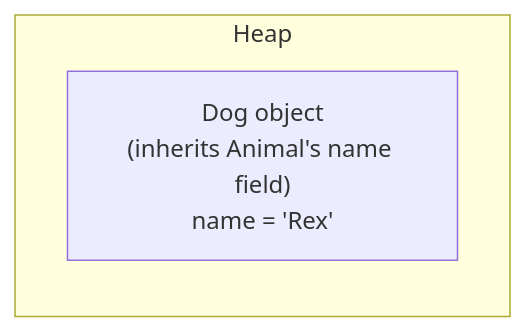
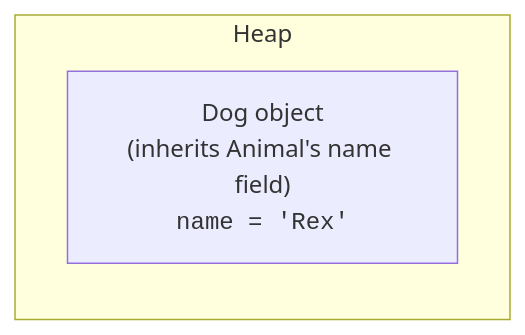
Before and after one commit to dataslope/dataslope: the second of 5 diagrams in content/learn/oop-blueprint-java/inheritance.mdx, drawn with Mermaid. The commit also changed 100 other files, not shown here.

First line of the commit message:
Wrap more code in diagram labels: filenames, hex, assignments, subgraph titles

````diff
--- a/content/learn/oop-blueprint-java/inheritance.mdx
+++ b/content/learn/oop-blueprint-java/inheritance.mdx
@@ -110,6 +110,6 @@
 ```mermaid
 flowchart LR
     subgraph Heap
-        Obj["Dog object<br/>(inherits Animal's name field)<br/>name = 'Rex'"]
+        Obj["Dog object<br/>(inherits Animal's name field)<br/><code>name = 'Rex'</code>"]
     end
 ```
````
